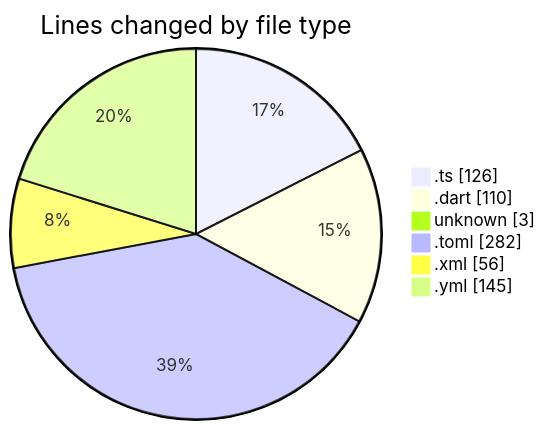
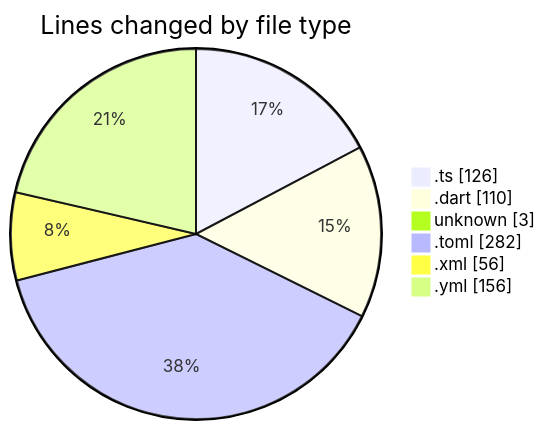
The first of 2 diagrams in 2025-02-09/maps_clone/README.md (donsfak/code-tracking), drawn with Mermaid before and after one commit. The commit also changed other lines of this file and 1 other file, not shown here.

````diff
--- a/2025-02-09/maps_clone/README.md
+++ b/2025-02-09/maps_clone/README.md
@@ -26,10 +26,10 @@
 ```mermaid
 pie showData
 title Lines changed by file type
 ".ts" : 126
 ".dart" : 110
 "unknown" : 3
 ".toml" : 282
 ".xml" : 56
-".yml" : 145
+".yml" : 156
 ```
````
